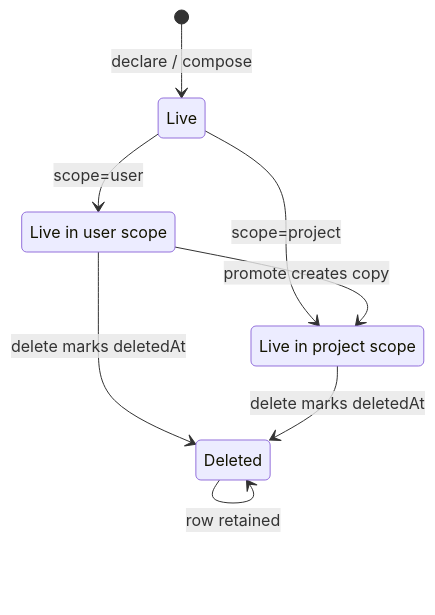
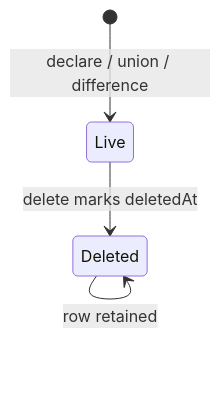
Before and after one commit to gccurtis/icarus: the second of 3 diagrams in apps/backend/src/3-capabilities/context/docs/concepts.md, drawn with Mermaid. The commit also changed other lines of this file and 12 other files, not shown here.

First line of the commit message:
context: collapse to project-only scope, add union/difference endpoints

````diff
--- a/apps/backend/src/3-capabilities/context/docs/concepts.md
+++ b/apps/backend/src/3-capabilities/context/docs/concepts.md
@@ -52,12 +47,6 @@
 ```mermaid
 stateDiagram-v2
-  [*] --> Live: declare / compose
-  UserLive: Live in user scope
-  ProjectLive: Live in project scope
-  Live --> UserLive: scope=user
-  Live --> ProjectLive: scope=project
-  UserLive --> ProjectLive: promote creates copy
-  UserLive --> Deleted: delete marks deletedAt
-  ProjectLive --> Deleted: delete marks deletedAt
+  [*] --> Live: declare / union / difference
+  Live --> Deleted: delete marks deletedAt
   Deleted --> Deleted: row retained
 ```
````
